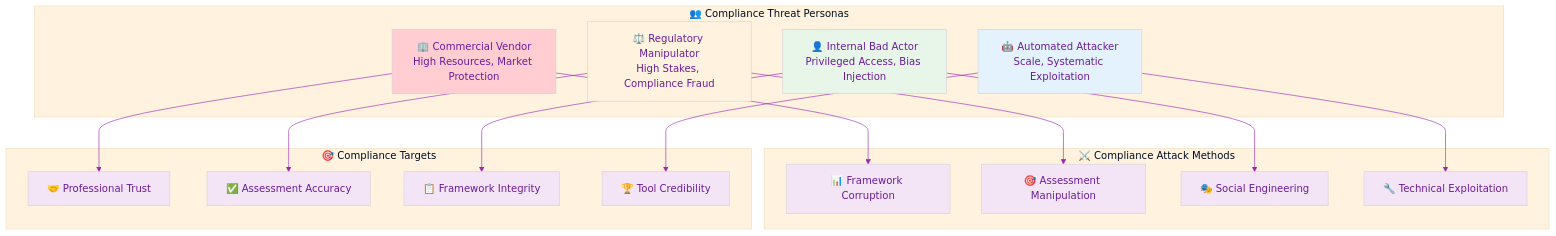
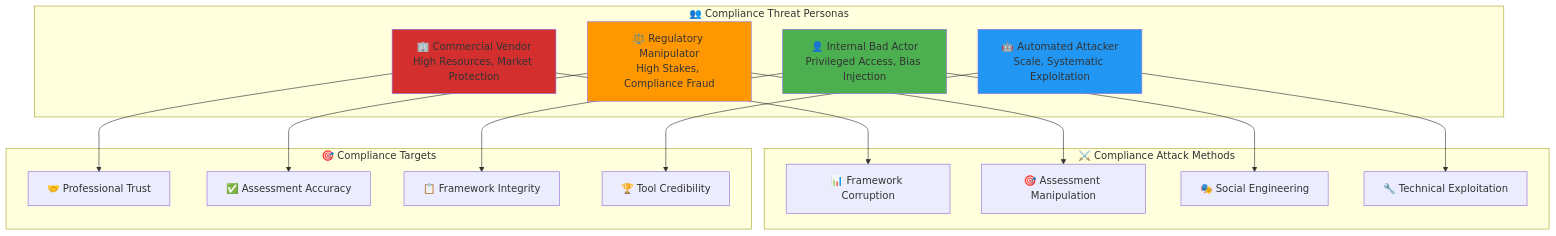
Diagram 13 of 15 in docs/architecture/THREAT_MODEL.md (Hack23/cia-compliance-manager), drawn with Mermaid before and after one commit. The commit also changed other lines of this file and 18 other files, not shown here.

````diff
--- a/docs/architecture/THREAT_MODEL.md
+++ b/docs/architecture/THREAT_MODEL.md
@@ -909,52 +867,45 @@
 ```mermaid
 %%{
   init: {
-    'theme': 'base',
-    'themeVariables': {
-      'primaryColor': '#f3e5f5',
-      'primaryTextColor': '#6a1b9a',
-      'lineColor': '#9c27b0',
-      'secondaryColor': '#e8f5e9',
-      'tertiaryColor': '#fff3e0'
-    }
-  }
+    'theme': 'neutral',
+}
 }%%
 flowchart TD
     subgraph PERSONAS["👥 Compliance Threat Personas"]
         COMPETITIVE[🏢 Commercial Vendor<br/>High Resources, Market Protection]
         REGULATORY[⚖️ Regulatory Manipulator<br/>High Stakes, Compliance Fraud]
         INTERNAL[👤 Internal Bad Actor<br/>Privileged Access, Bias Injection]
         AUTOMATED[🤖 Automated Attacker<br/>Scale, Systematic Exploitation]
     end
     
     subgraph METHODS["⚔️ Compliance Attack Methods"]
         FRAMEWORK_CORRUPT[📊 Framework Corruption]
         ASSESSMENT_BIAS[🎯 Assessment Manipulation]
         SOCIAL_DECEPTION[🎭 Social Engineering]
         TECHNICAL_EXPLOIT[🔧 Technical Exploitation]
     end
     
     subgraph TARGETS["🎯 Compliance Targets"]
         TRUST[🤝 Professional Trust]
         ACCURACY[✅ Assessment Accuracy]
         METHODOLOGY[📋 Framework Integrity]
         REPUTATION[🏆 Tool Credibility]
     end
     
     COMPETITIVE --> FRAMEWORK_CORRUPT
     COMPETITIVE --> TRUST
     
     REGULATORY --> ASSESSMENT_BIAS
     REGULATORY --> ACCURACY
     
     INTERNAL --> SOCIAL_DECEPTION
     INTERNAL --> METHODOLOGY
     
     AUTOMATED --> TECHNICAL_EXPLOIT
     AUTOMATED --> REPUTATION
     
-    style COMPETITIVE fill:#ffcdd2
-    style REGULATORY fill:#fff3e0
-    style INTERNAL fill:#e8f5e9
-    style AUTOMATED fill:#e3f2fd
+    style COMPETITIVE fill:#D32F2F
+    style REGULATORY fill:#FF9800
+    style INTERNAL fill:#4CAF50
+    style AUTOMATED fill:#2196F3
 ```
````
